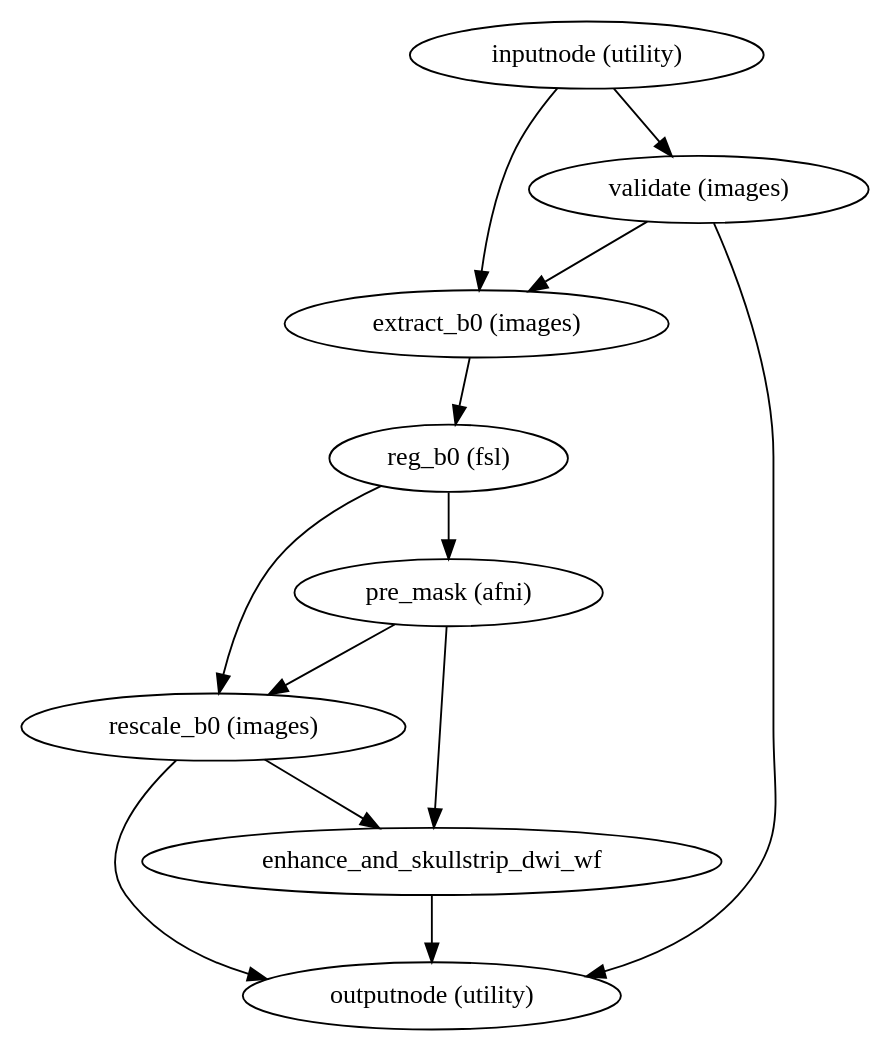
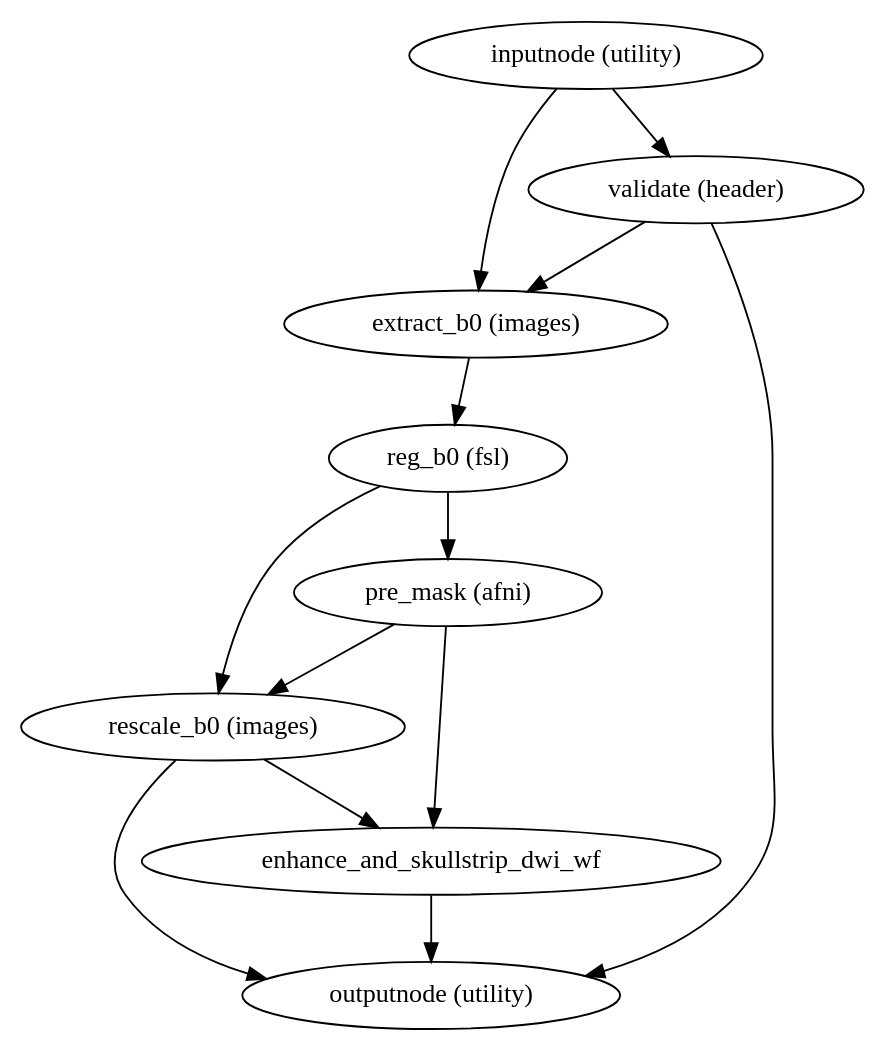
The diagram in 0.5.0rc0/wf_directive/api/dwi_reference_wf/dmriprep-workflows-dwi-util-1.dot (nipreps/dmriprep), drawn with Graphviz before and after one commit. The commit also changed 473 other files, not shown here.

```diff
--- a/0.5.0rc0/wf_directive/api/dwi_reference_wf/dmriprep-workflows-dwi-util-1.dot
+++ b/0.5.0rc0/wf_directive/api/dwi_reference_wf/dmriprep-workflows-dwi-util-1.dot
@@ -1,22 +1,22 @@
 strict digraph  {
 "inputnode (utility)";
-"validate (images)";
+"validate (header)";
 "extract_b0 (images)";
 "outputnode (utility)";
 "reg_b0 (fsl)";
 "pre_mask (afni)";
 "rescale_b0 (images)";
 enhance_and_skullstrip_dwi_wf;
-"inputnode (utility)" -> "validate (images)";
+"inputnode (utility)" -> "validate (header)";
 "inputnode (utility)" -> "extract_b0 (images)";
-"validate (images)" -> "extract_b0 (images)";
-"validate (images)" -> "outputnode (utility)";
+"validate (header)" -> "extract_b0 (images)";
+"validate (header)" -> "outputnode (utility)";
 "extract_b0 (images)" -> "reg_b0 (fsl)";
 "reg_b0 (fsl)" -> "pre_mask (afni)";
 "reg_b0 (fsl)" -> "rescale_b0 (images)";
 "pre_mask (afni)" -> "rescale_b0 (images)";
 "pre_mask (afni)" -> enhance_and_skullstrip_dwi_wf;
 "rescale_b0 (images)" -> enhance_and_skullstrip_dwi_wf;
 "rescale_b0 (images)" -> "outputnode (utility)";
 enhance_and_skullstrip_dwi_wf -> "outputnode (utility)";
 }
```
